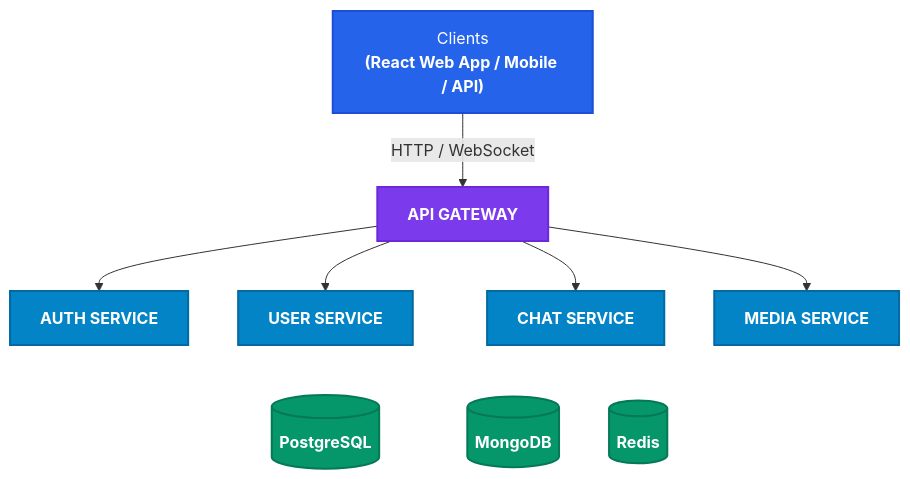
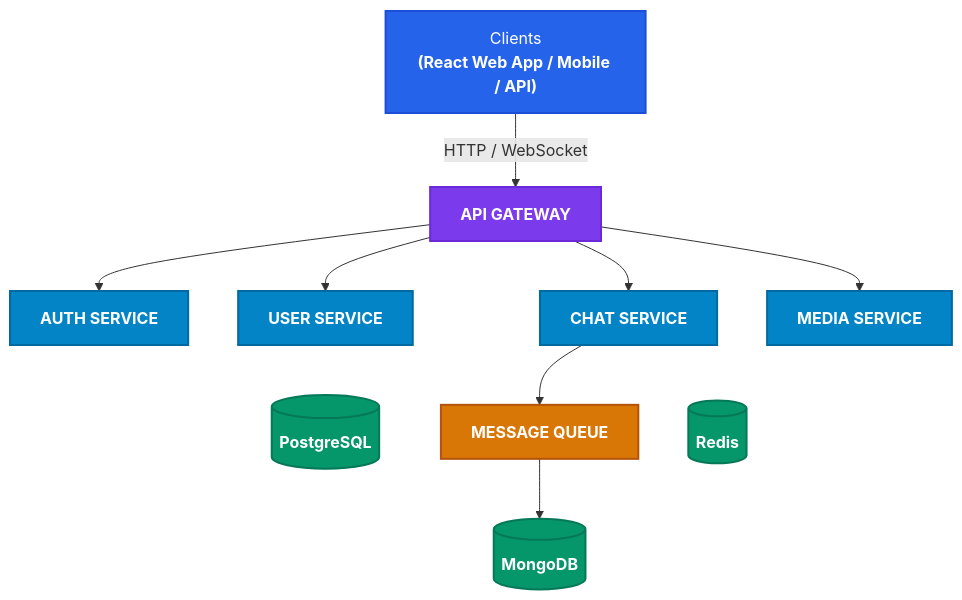
The diagram in docs/ARCHITECTURE.md (v-sinha9004/chat-portal), drawn with Mermaid before and after one commit.

Commit message:
docs: update architecture

````diff
--- a/docs/ARCHITECTURE.md
+++ b/docs/ARCHITECTURE.md
@@ -5,31 +5,35 @@
 ```mermaid
 flowchart TD
     classDef client fill:#2563eb,stroke:#1d4ed8,stroke-width:2px,color:#fff;
     classDef gateway fill:#7c3aed,stroke:#6d28d9,stroke-width:2px,color:#fff;
     classDef service fill:#0284c7,stroke:#0369a1,stroke-width:2px,color:#fff;
+    classDef queue fill:#d97706,stroke:#b45309,stroke-width:2px,color:#fff;
     classDef storage fill:#059669,stroke:#047857,stroke-width:2px,color:#fff;
 
     CLIENTS["Clients<br/><b>(React Web App / Mobile / API)</b>"]:::client
 
     GATEWAY["<b>API GATEWAY</b>"]:::gateway
 
     AUTH["<b>AUTH SERVICE</b>"]:::service
     USER["<b>USER SERVICE</b>"]:::service
     CHAT["<b>CHAT SERVICE</b>"]:::service
     MEDIA["<b>MEDIA SERVICE</b>"]:::service
+
+    MQ["<b>MESSAGE QUEUE</b>"]:::queue
 
     POSTGRES[("<b>PostgreSQL</b>")]:::storage
     MONGO[("<b>MongoDB</b>")]:::storage
     REDIS[("<b>Redis</b>")]:::storage
 
     CLIENTS -->|HTTP / WebSocket| GATEWAY
 
     GATEWAY --> AUTH
     GATEWAY --> USER
     GATEWAY --> CHAT
     GATEWAY --> MEDIA
 
     USER ~~~ POSTGRES
-    CHAT ~~~ MONGO
+    CHAT --> MQ
+    MQ --> MONGO
     CHAT ~~~ REDIS
 ```
````
